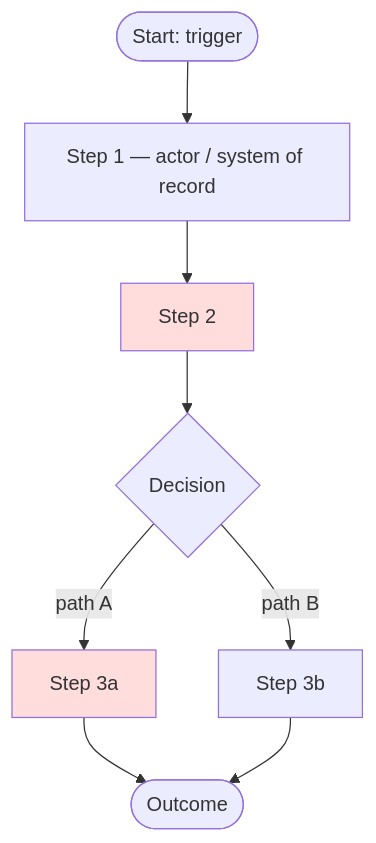
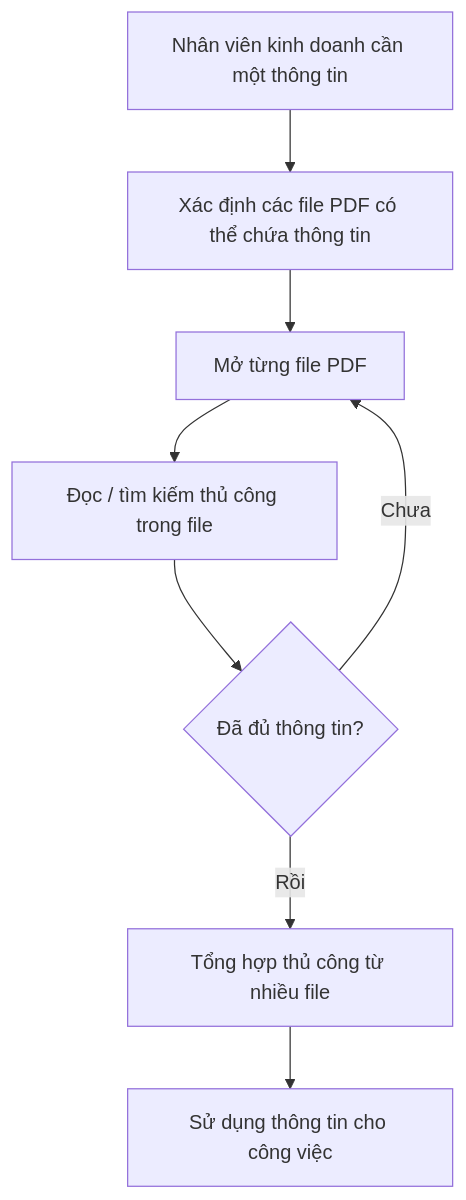
The first of 2 diagrams in docs/requirements/BRD.md (minhtrungle/SDLC-AI-Project), drawn with Mermaid before and after one commit. The commit also changed other lines of this file and 11 other files, not shown here.

````diff
--- a/docs/requirements/BRD.md
+++ b/docs/requirements/BRD.md
@@ -122,13 +87,10 @@
 ```mermaid
 flowchart TD
-    A([Start: trigger]) --> B[Step 1 — actor / system of record]
-    B --> C[Step 2]
-    C --> D{Decision}
-    D -->|path A| E[Step 3a]
-    D -->|path B| F[Step 3b]
-    E --> G([Outcome])
-    F --> G
-    %% Highlight pain points: classDef pain fill:#fdd;
-    classDef pain fill:#fdd;
-    class C,E pain
+    A[Nhân viên kinh doanh cần một thông tin] --> B[Xác định các file PDF có thể chứa thông tin]
+    B --> C[Mở từng file PDF]
+    C --> D[Đọc / tìm kiếm thủ công trong file]
+    D --> E{Đã đủ thông tin?}
+    E -- Chưa --> C
+    E -- Rồi --> F[Tổng hợp thủ công từ nhiều file]
+    F --> G[Sử dụng thông tin cho công việc]
 ```
````
